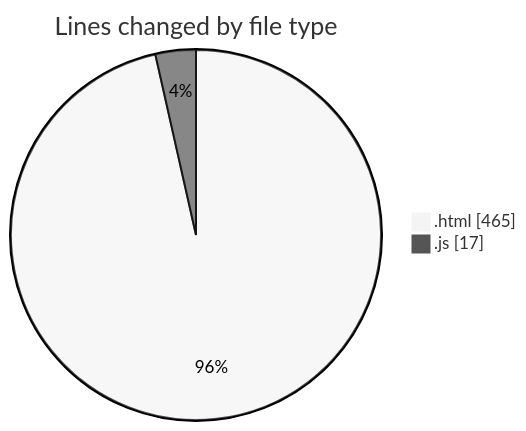
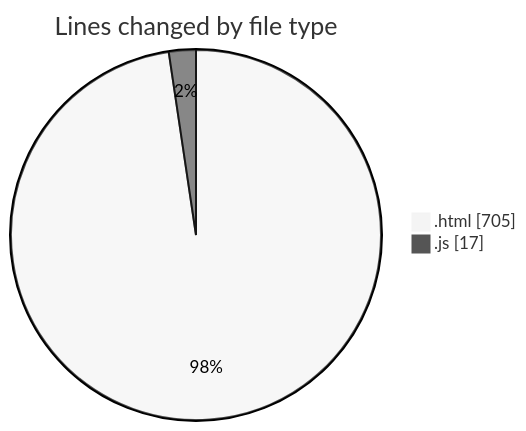
The first of 2 diagrams in 2025-09-13/new_folder/README.md (IJAZ3593/code-tracking), drawn with Mermaid (neutral theme) before and after one commit. The commit also changed other lines of this file and 1 other file, not shown here.

````diff
--- a/2025-09-13/new_folder/README.md
+++ b/2025-09-13/new_folder/README.md
@@ -25,6 +26,6 @@
 ```mermaid
 pie showData
 title Lines changed by file type
-".html" : 465
+".html" : 705
 ".js" : 17
 ```
````
